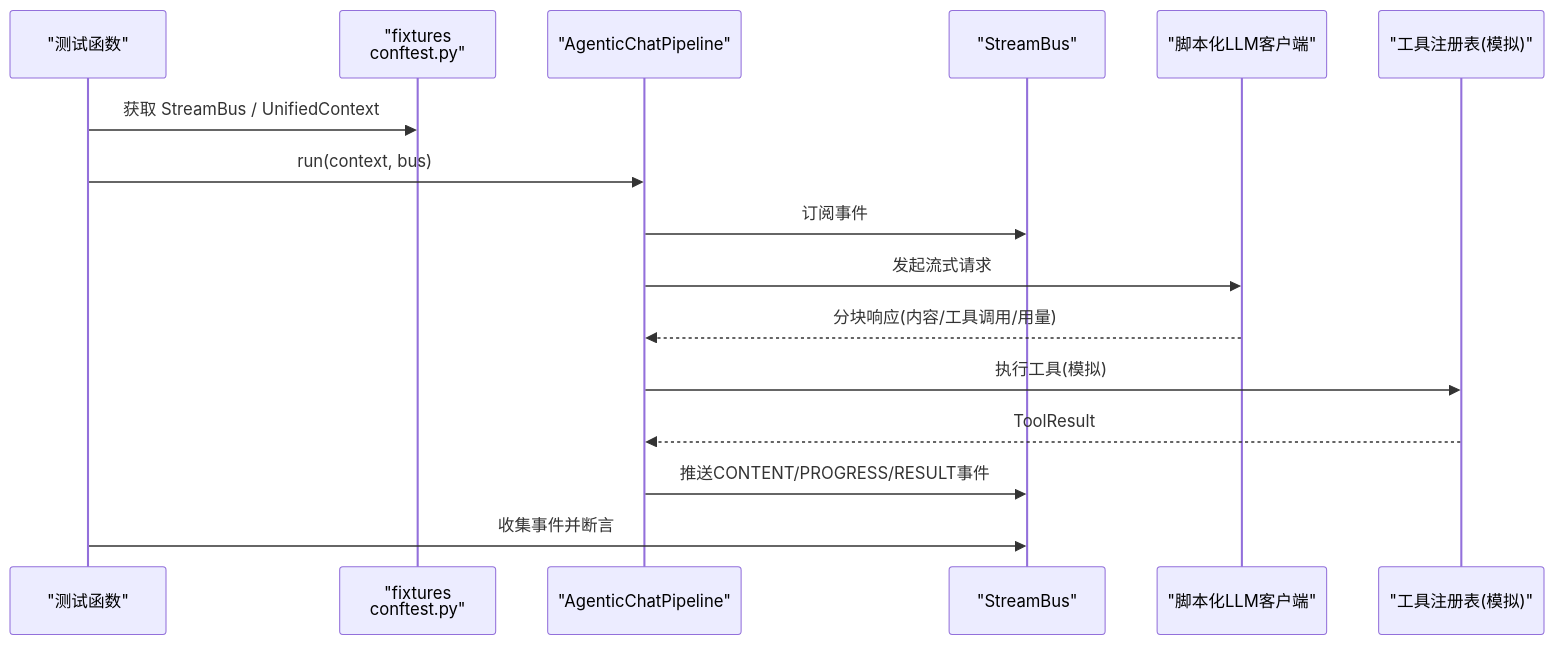
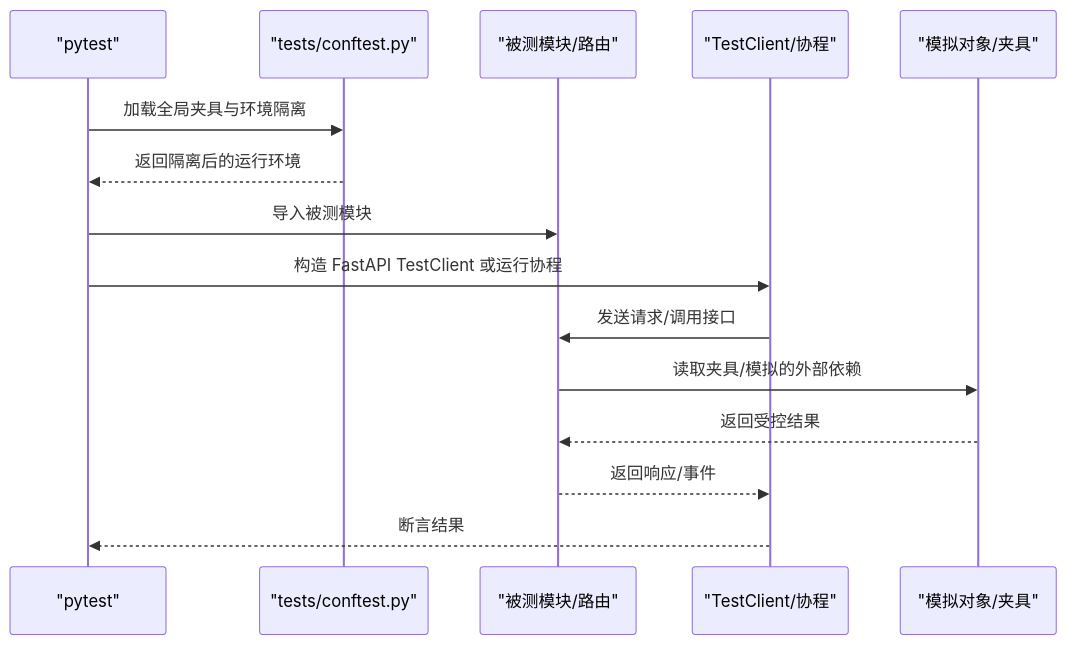
The second of 8 diagrams in .qoder/repowiki/zh/content/测试策略/单元测试.md (gongzili456/DeepTutor), drawn with Mermaid before and after one commit. The commit also changed other lines of this file and 1242 other files, not shown here.

````diff
--- a/.qoder/repowiki/zh/content/测试策略/单元测试.md
+++ b/.qoder/repowiki/zh/content/测试策略/单元测试.md
@@ -77,18 +70,17 @@
 ```mermaid
 sequenceDiagram
-participant T as "测试函数"
-participant FX as "fixtures<br/>conftest.py"
-participant PL as "AgenticChatPipeline"
-participant SB as "StreamBus"
-participant LLM as "脚本化LLM客户端"
-participant REG as "工具注册表(模拟)"
-T->>FX : 获取 StreamBus / UnifiedContext
-T->>PL : run(context, bus)
-PL->>SB : 订阅事件
-PL->>LLM : 发起流式请求
-LLM-->>PL : 分块响应(内容/工具调用/用量)
-PL->>REG : 执行工具(模拟)
-REG-->>PL : ToolResult
-PL->>SB : 推送CONTENT/PROGRESS/RESULT事件
-T->>SB : 收集事件并断言
+participant Pytest as "pytest"
+participant Conftest as "tests/conftest.py"
+participant App as "被测模块/路由"
+participant Client as "TestClient/协程"
+participant Mock as "模拟对象/夹具"
+Pytest->>Conftest : 加载全局夹具与环境隔离
+Conftest-->>Pytest : 返回隔离后的运行环境
+Pytest->>App : 导入被测模块
+Pytest->>Client : 构造 FastAPI TestClient 或运行协程
+Client->>App : 发送请求/调用接口
+App->>Mock : 读取夹具/模拟的外部依赖
+Mock-->>App : 返回受控结果
+App-->>Client : 返回响应/事件
+Client-->>Pytest : 断言结果
 ```
````
